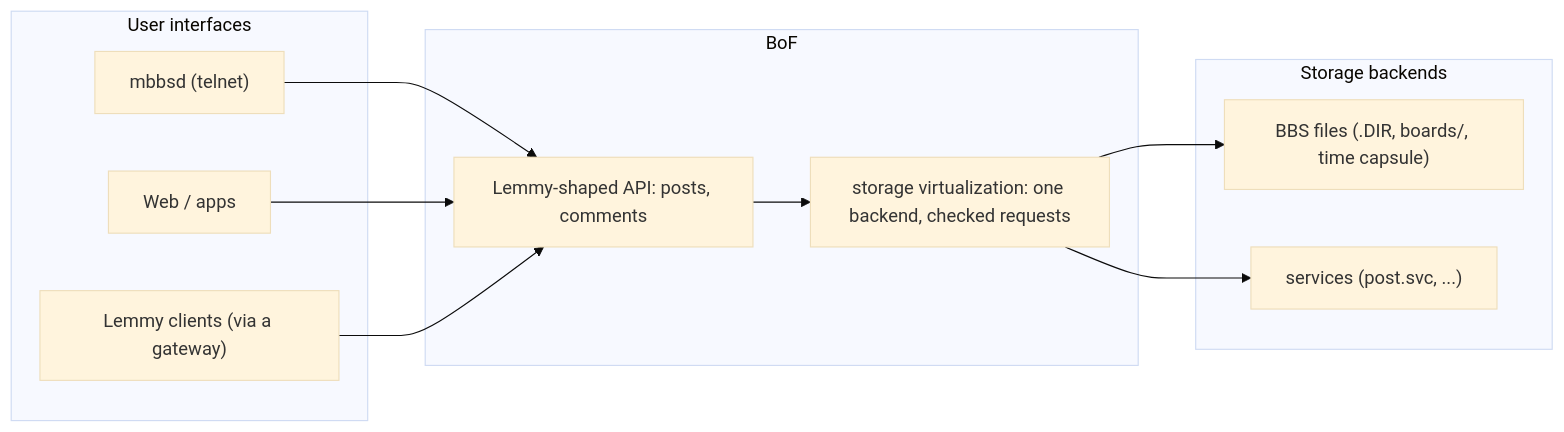
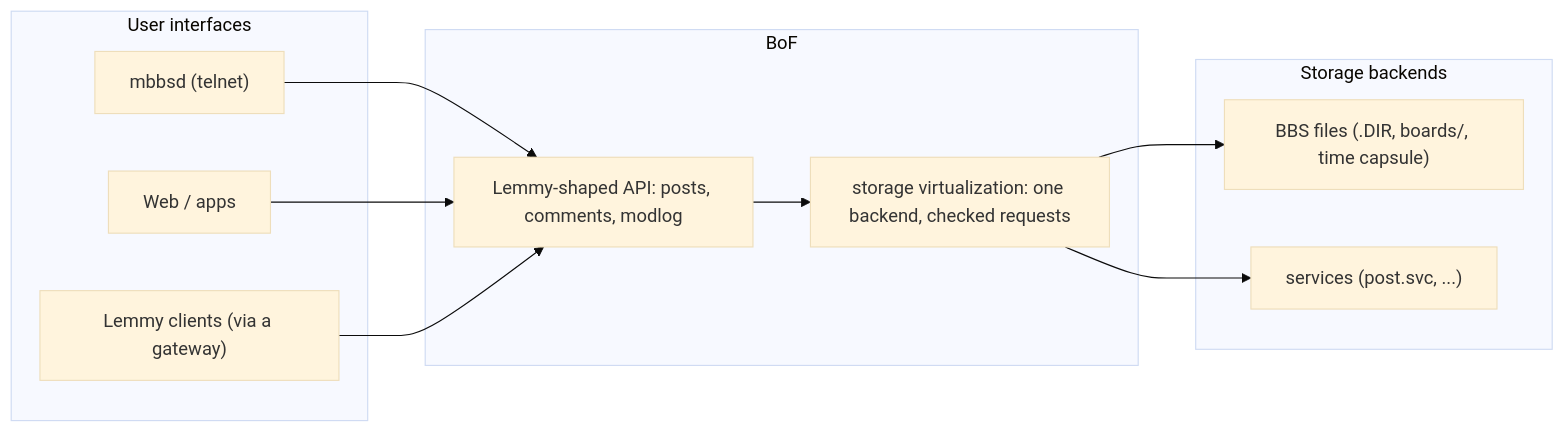
The diagram in bof/README.md (ptt/pttbbs), drawn with Mermaid (base theme) before and after one commit. The commit also changed other lines of this file and 20 other files, not shown here.

````diff
--- a/bof/README.md
+++ b/bof/README.md
@@ -30,22 +30,22 @@
 ```mermaid
 flowchart LR
     subgraph UI["User interfaces"]
         mbbsd["mbbsd (telnet)"]
         web["Web / apps"]
         lemmy["Lemmy clients (via a gateway)"]
     end
     subgraph BOF["BoF"]
-        api["Lemmy-shaped API: posts, comments"]
+        api["Lemmy-shaped API: posts, comments, modlog"]
         virt["storage virtualization: one backend, checked requests"]
     end
     subgraph STORE["Storage backends"]
         files["BBS files (.DIR, boards/, time capsule)"]
         svc["services (post.svc, ...)"]
     end
     mbbsd --> api
     web --> api
     lemmy --> api
     api --> virt
     virt --> files
     virt --> svc
 ```
````
